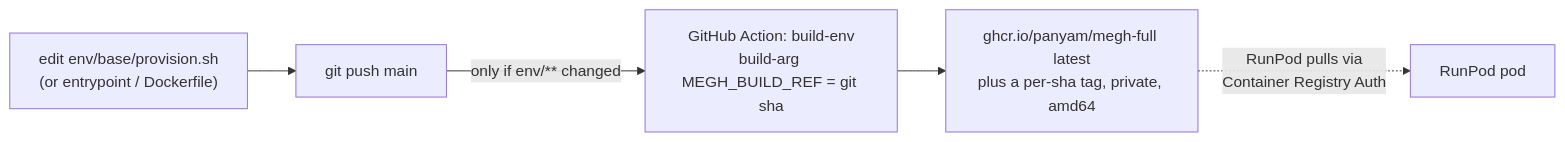
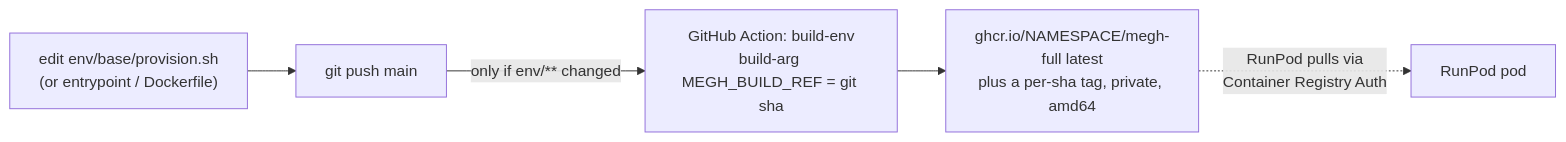
Before and after one commit to panyam/megh: the first of 5 diagrams in docs/LIFECYCLE.md, drawn with Mermaid. The commit also changed other lines of this file and 25 other files, not shown here.

````diff
--- a/docs/LIFECYCLE.md
+++ b/docs/LIFECYCLE.md
@@ -12,7 +12,7 @@
 ```mermaid
 flowchart LR
   edit["edit env/base/provision.sh<br>(or entrypoint / Dockerfile)"] --> push["git push main"]
   push -->|"only if env/** changed"| ci["GitHub Action: build-env<br>build-arg MEGH_BUILD_REF = git sha"]
-  ci --> ghcr["ghcr.io/panyam/megh-full latest<br>plus a per-sha tag, private, amd64"]
+  ci --> ghcr["ghcr.io/NAMESPACE/megh-full latest<br>plus a per-sha tag, private, amd64"]
   ghcr -.->|"RunPod pulls via<br>Container Registry Auth"| pod["RunPod pod"]
 ```
````
